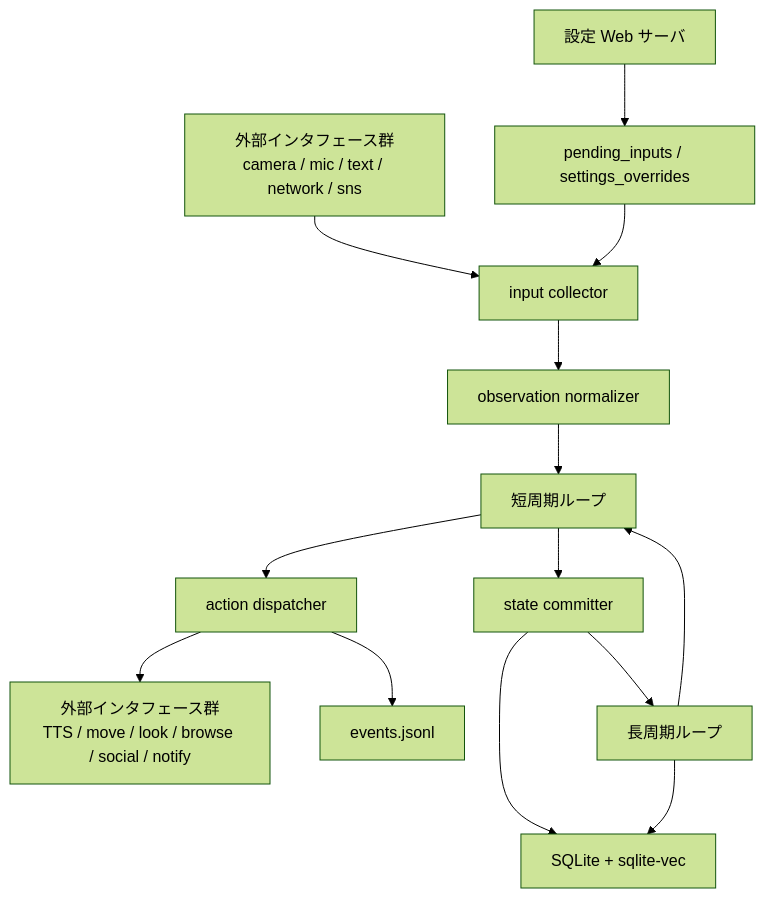
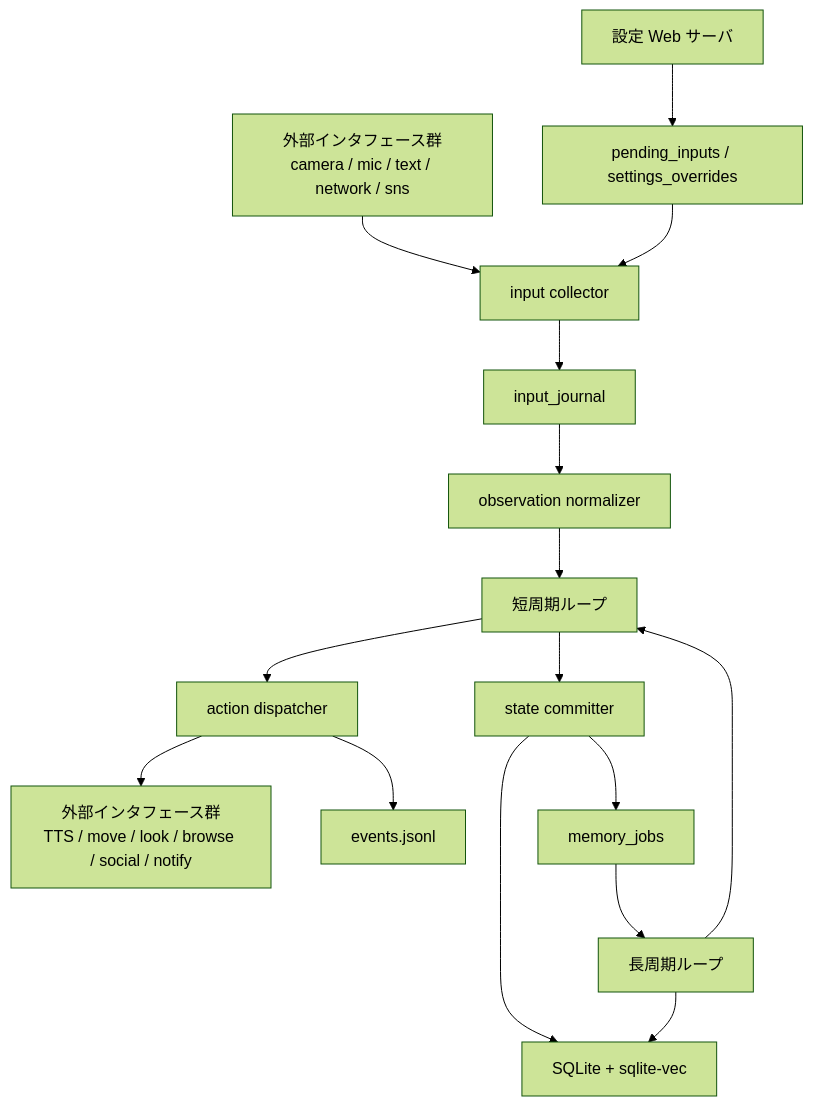
The first of 2 diagrams in docs/30_design_breakdown.md (hirona98/OtomeKairo), drawn with Mermaid (forest theme) before and after one commit. The commit also changed other lines of this file and 6 other files, not shown here.

````diff
--- a/docs/30_design_breakdown.md
+++ b/docs/30_design_breakdown.md
@@ -90,16 +95,18 @@
 ```mermaid
 flowchart TD
     web["設定 Web サーバ"] --> pending["pending_inputs / settings_overrides"]
     sensors["外部インタフェース群\ncamera / mic / text / network / sns"] --> collect["input collector"]
     pending --> collect
-    collect --> normalize["observation normalizer"]
+    collect --> journal["input_journal"]
+    journal --> normalize["observation normalizer"]
     normalize --> short["短周期ループ"]
     short --> dispatch["action dispatcher"]
     dispatch --> actuators["外部インタフェース群\nTTS / move / look / browse / social / notify"]
     dispatch --> events["events.jsonl"]
     short --> commit["state committer"]
     commit --> sqlite["SQLite + sqlite-vec"]
-    commit --> long["長周期ループ"]
+    commit --> jobs["memory_jobs"]
+    jobs --> long["長周期ループ"]
     long --> sqlite
     long --> short
 ```
````
